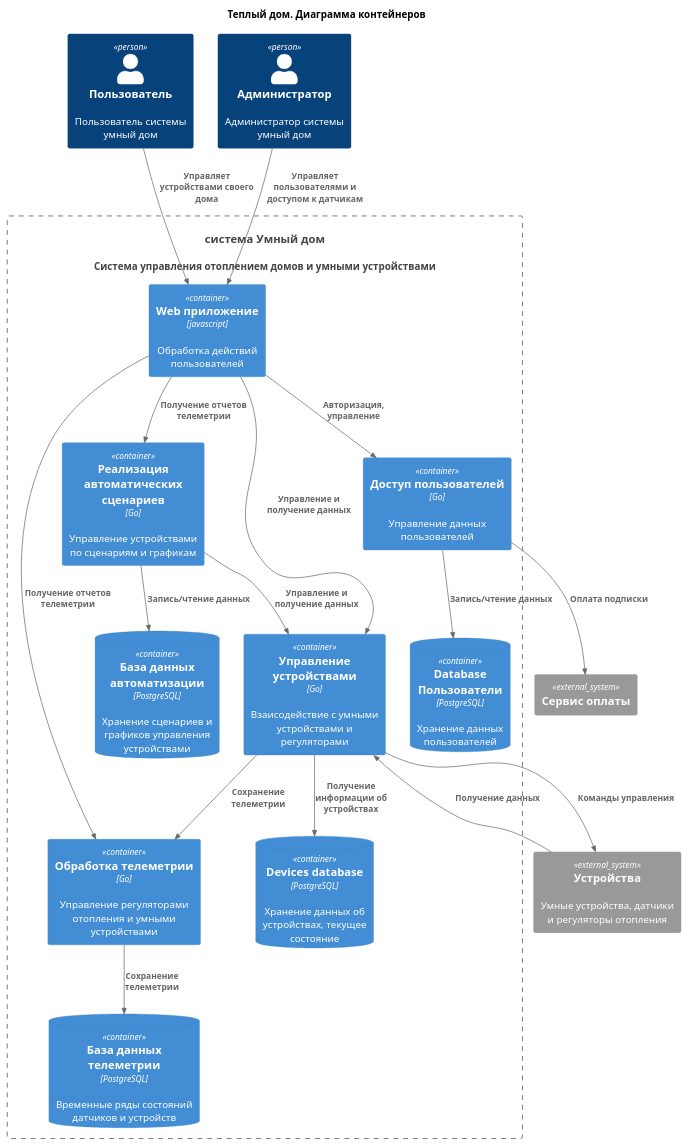
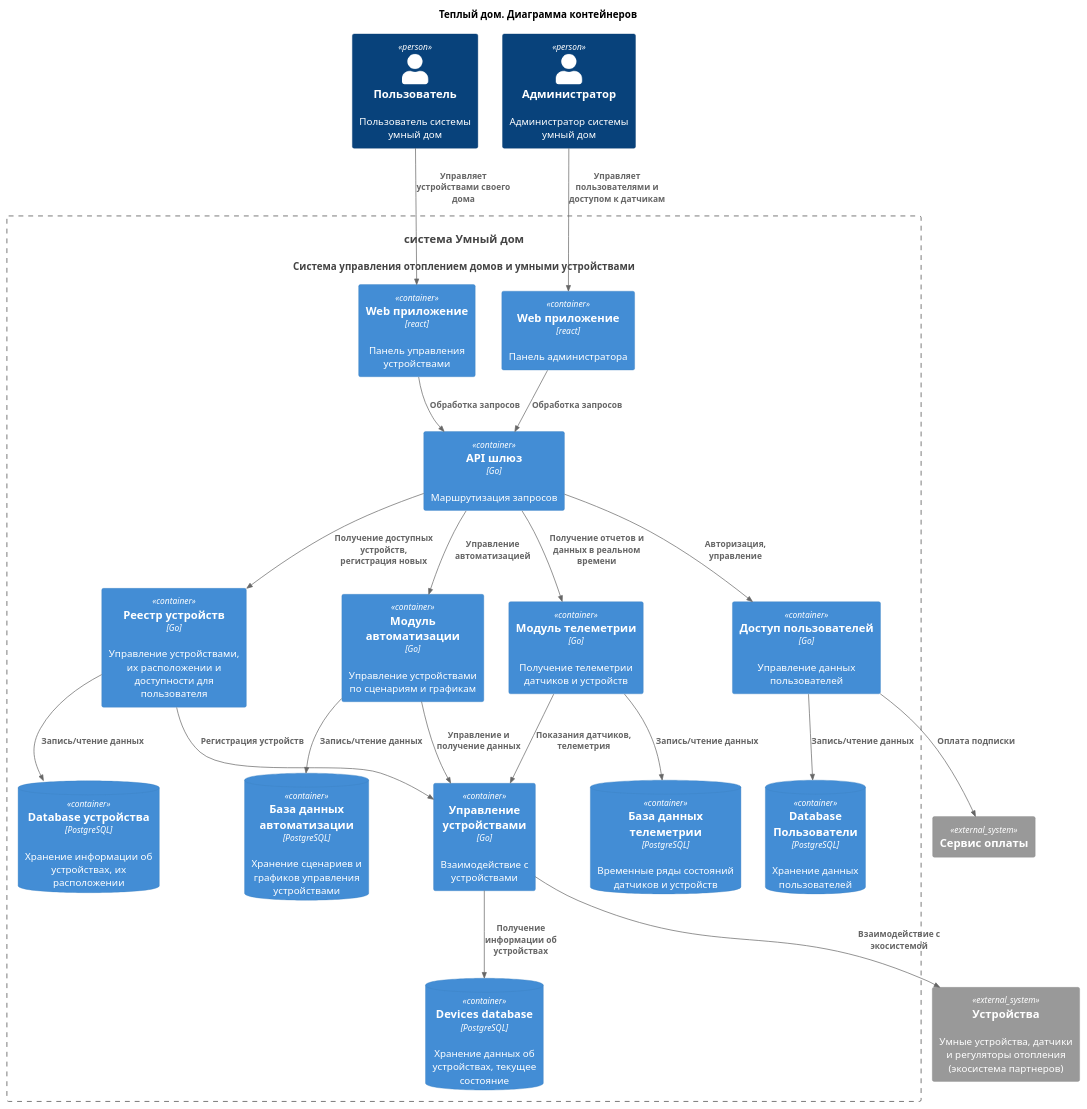
Before and after one commit to binaril/architecture-warmhouse: the diagram in diagrams/C4.Containers.puml, drawn with PlantUML.

Commit message:
C4.Containers

```diff
--- a/diagrams/C4.Containers.puml
+++ b/diagrams/C4.Containers.puml
@@ -1,47 +1,52 @@
 @startuml
 title Теплый дом. Диаграмма контейнеров
 
 top to bottom direction
 
 !includeurl https://raw.githubusercontent.com/RicardoNiepel/C4-PlantUML/master/C4_Component.puml
 
 Person(user, "Пользователь", "Пользователь системы умный дом")
 Person(admin, "Администратор", "Администратор системы умный дом")
 System(SmartHouse, "система Умный дом", "Система управления отоплением домов и умными устройствами")
 
 Container_Boundary(SmartHouse, "FitLife System") {
-  Container(WebApp, "Web приложение", "javascript", "Обработка действий пользователей")
+  Container(WebApp, "Web приложение", "react", "Панель управления устройствами")
+  Container(WebAppAdmin, "Web приложение", "react", "Панель администратора")
+  Container(GateWay, "API шлюз", "Go", "Маршрутизация запросов")
   Container(UserAccess, "Доступ пользователей", "Go", "Управление данных пользователей")
   ContainerDb(UserAccessDb, "Database Пользователи", "PostgreSQL", "Хранение данных пользователей")
-
-  Container(Automatic, "Реализация автоматических сценариев", "Go", "Управление устройствами по сценариям и графикам")
+  Container(DeviceRepository, "Реестр устройств", "Go", "Управление устройствами, их расположении и доступности для пользователя")
+  ContainerDb(DeviceRepositoryDb, "Database устройства", "PostgreSQL", "Хранение информации об устройствах, их расположении")
+  Container(Automatic, "Модуль автоматизации", "Go", "Управление устройствами по сценариям и графикам")
   ContainerDb(AutomaticDb, "База данных автоматизации", "PostgreSQL", "Хранение сценариев и графиков управления устройствами")
-  
-  Container(DeviceControl, "Управление устройствами", "Go", "Взаисодействие с умными устройствами и регуляторами")
-  Container(Telemetry, "Обработка телеметрии", "Go", "Управление регуляторами отопления и умными устройствами")
+  Container(DeviceControl, "Управление устройствами", "Go", "Взаимодействие с устройствами")
+  Container(Telemetry, "Модуль телеметрии", "Go", "Получение телеметрии датчиков и устройств")
   ContainerDb(DeviceDatabase, "Devices database", "PostgreSQL", "Хранение данных об устройствах, текущее состояние")
   ContainerDb(TelemetryDatabase, "База данных телеметрии", "PostgreSQL", "Временные ряды состояний датчиков и устройств")
 }
 
 System_Ext(PaidService, "Сервис оплаты", "")
-System_Ext(SmartDevice, "Устройства", "Умные устройства, датчики и регуляторы отопления")
+System_Ext(SmartDevice, "Устройства", "Умные устройства, датчики и регуляторы отопления (экосистема партнеров)")
 
 
 Rel(user, WebApp, "Управляет устройствами своего дома")
-Rel(admin, WebApp,"Управляет пользователями и доступом к датчикам")
+Rel(admin, WebAppAdmin,"Управляет пользователями и доступом к датчикам")
 
+Rel(WebApp, GateWay, "Обработка запросов")
+Rel(WebAppAdmin, GateWay, "Обработка запросов")
 
-Rel(WebApp, UserAccess, "Авторизация, управление")
+Rel(GateWay, UserAccess, "Авторизация, управление")
 Rel(UserAccess, UserAccessDb, "Запись/чтение данных")
-Rel(WebApp, DeviceControl, "Управление и получение данных")
-Rel(WebApp, Telemetry, "Получение отчетов телеметрии")
-Rel(WebApp, Automatic, "Получение отчетов телеметрии")
+Rel(GateWay, Telemetry, "Получение отчетов и данных в реальном времени")
+Rel(GateWay, Automatic, "Управление автоматизацией")
 Rel(Automatic, AutomaticDb, "Запись/чтение данных")
+Rel(GateWay, DeviceRepository, "Получение доступных устройств, регистрация новых")
+Rel(DeviceRepository, DeviceRepositoryDb, "Запись/чтение данных")
+Rel(DeviceRepository, DeviceControl, "Регистрация устройств")
 Rel(Automatic, DeviceControl, "Управление и получение данных")
 Rel(DeviceControl,DeviceDatabase,"Получение информации об устройствах")
-Rel(DeviceControl,Telemetry,"Сохранение телеметрии")
-Rel(Telemetry,TelemetryDatabase,"Сохранение телеметрии")
-Rel(DeviceControl,SmartDevice,"Команды управления")
-Rel(SmartDevice,DeviceControl,"Получение данных")
+Rel(Telemetry,TelemetryDatabase,"Запись/чтение данных")
+Rel(Telemetry, DeviceControl, "Показания датчиков, телеметрия")
+Rel(DeviceControl,SmartDevice,"Взаимодействие с экосистемой")
 Rel(UserAccess, PaidService, "Оплата подписки")
 @enduml
```
